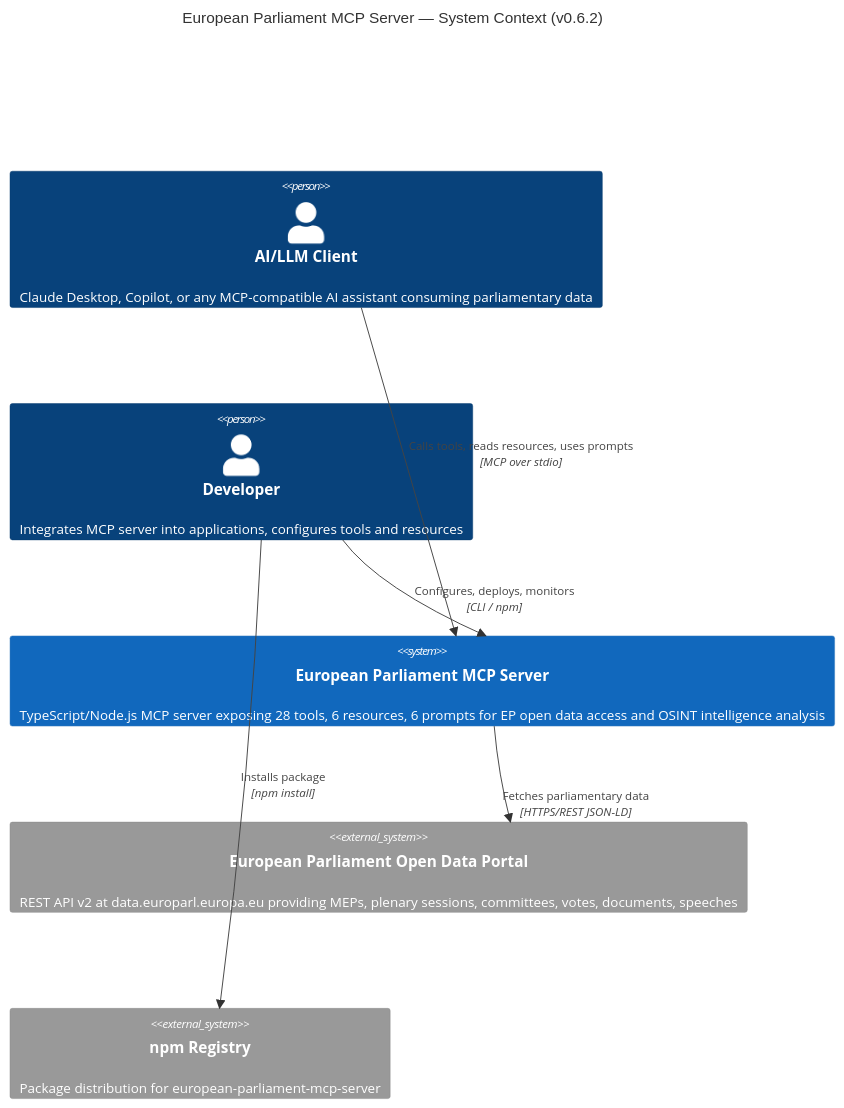
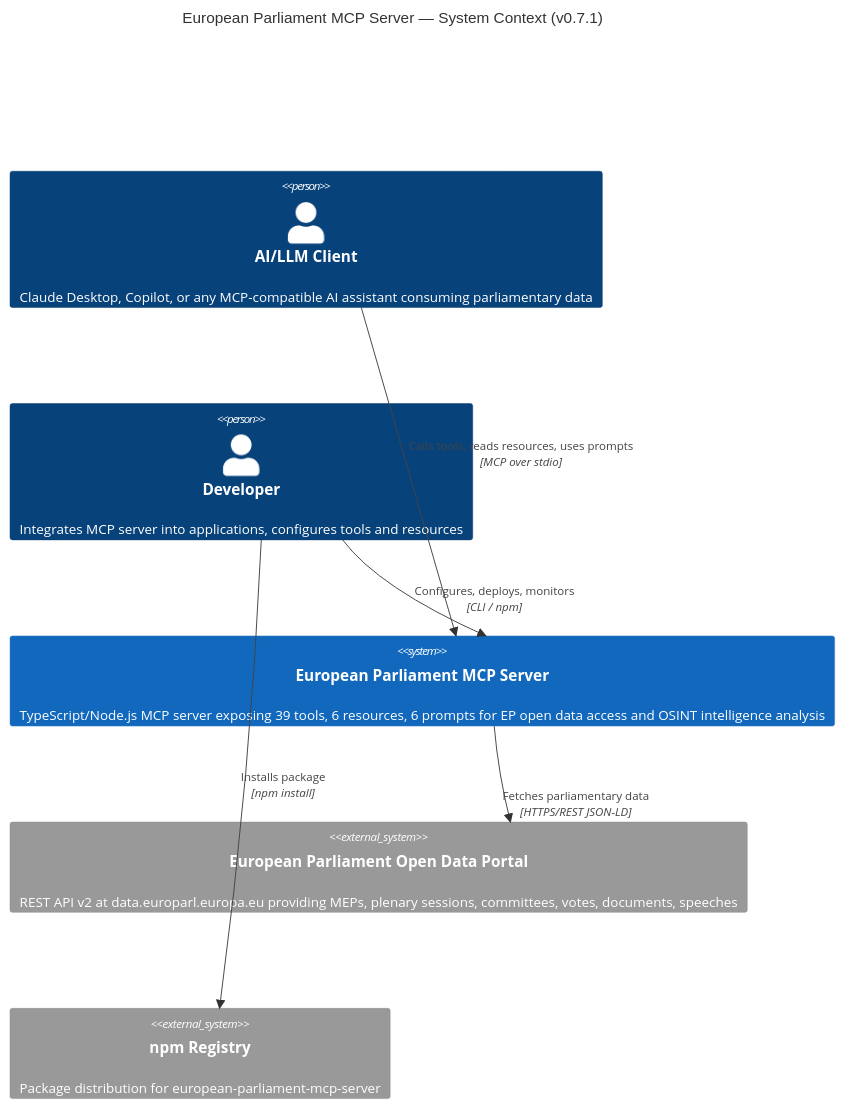
One commit to Hack23/European-Parliament-MCP-Server changed the first of 5 diagrams in ARCHITECTURE.md. Above: the diagram before and after it, drawn with Mermaid. The commit also changed other lines of this file and 6 other files, not shown here.

First line of the commit message:
docs: update ARCHITECTURE.md and all docs to reflect 39 tools, no mock data

````diff
--- a/ARCHITECTURE.md
+++ b/ARCHITECTURE.md
@@ -81,20 +81,20 @@
 ```mermaid
 C4Context
-    title European Parliament MCP Server — System Context (v0.6.2)
+    title European Parliament MCP Server — System Context (v0.7.1)
 
     Person(aiClient, "AI/LLM Client", "Claude Desktop, Copilot, or any MCP-compatible AI assistant consuming parliamentary data")
     Person(developer, "Developer", "Integrates MCP server into applications, configures tools and resources")
 
-    System(mcpServer, "European Parliament MCP Server", "TypeScript/Node.js MCP server exposing 28 tools, 6 resources, 6 prompts for EP open data access and OSINT intelligence analysis")
+    System(mcpServer, "European Parliament MCP Server", "TypeScript/Node.js MCP server exposing 39 tools, 6 resources, 6 prompts for EP open data access and OSINT intelligence analysis")
 
     System_Ext(epApi, "European Parliament Open Data Portal", "REST API v2 at data.europarl.europa.eu providing MEPs, plenary sessions, committees, votes, documents, speeches")
     System_Ext(npmRegistry, "npm Registry", "Package distribution for european-parliament-mcp-server")
 
     Rel(aiClient, mcpServer, "Calls tools, reads resources, uses prompts", "MCP over stdio")
     Rel(developer, mcpServer, "Configures, deploys, monitors", "CLI / npm")
     Rel(mcpServer, epApi, "Fetches parliamentary data", "HTTPS/REST JSON-LD")
     Rel(developer, npmRegistry, "Installs package", "npm install")
 
     UpdateRelStyle(aiClient, mcpServer, $offsetY="-30")
     UpdateRelStyle(mcpServer, epApi, $offsetY="20")
 ```
````
